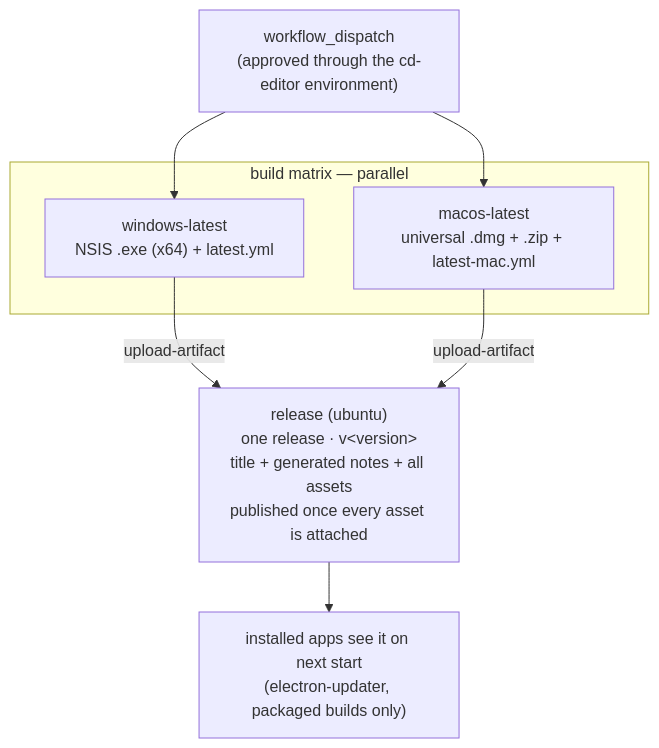
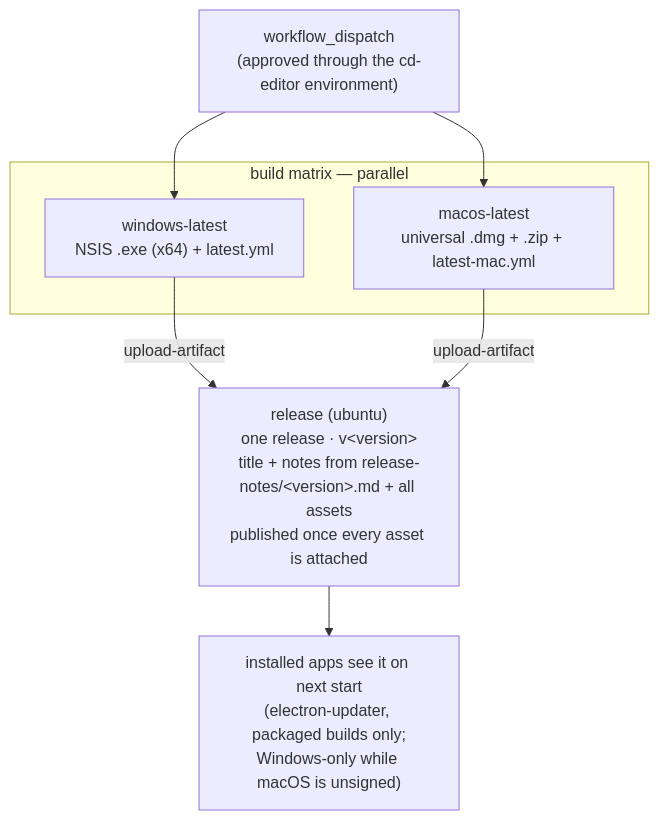
The diagram in .github/workflows/cd-editor.md (soroush-tech/core), drawn with Mermaid before and after one commit. The commit also changed other lines of this file and 3 other files, not shown here.

````diff
--- a/.github/workflows/cd-editor.md
+++ b/.github/workflows/cd-editor.md
@@ -24,14 +25,14 @@
 ```mermaid
 flowchart TD
     trig["workflow_dispatch<br/>(approved through the cd-editor environment)"] --> win
     trig --> mac
 
     subgraph build ["build matrix — parallel"]
         win["windows-latest<br/>NSIS .exe (x64) + latest.yml"]
         mac["macos-latest<br/>universal .dmg + .zip + latest-mac.yml"]
     end
 
-    win -->|"upload-artifact"| rel["release (ubuntu)<br/>one release · v&lt;version&gt;<br/>title + generated notes + all assets<br/>published once every asset is attached"]
+    win -->|"upload-artifact"| rel["release (ubuntu)<br/>one release · v&lt;version&gt;<br/>title + notes from release-notes/&lt;version&gt;.md + all assets<br/>published once every asset is attached"]
     mac -->|"upload-artifact"| rel
-    rel --> users["installed apps see it on next start<br/>(electron-updater, packaged builds only)"]
+    rel --> users["installed apps see it on next start<br/>(electron-updater, packaged builds only;<br/>Windows-only while macOS is unsigned)"]
 ```
````
